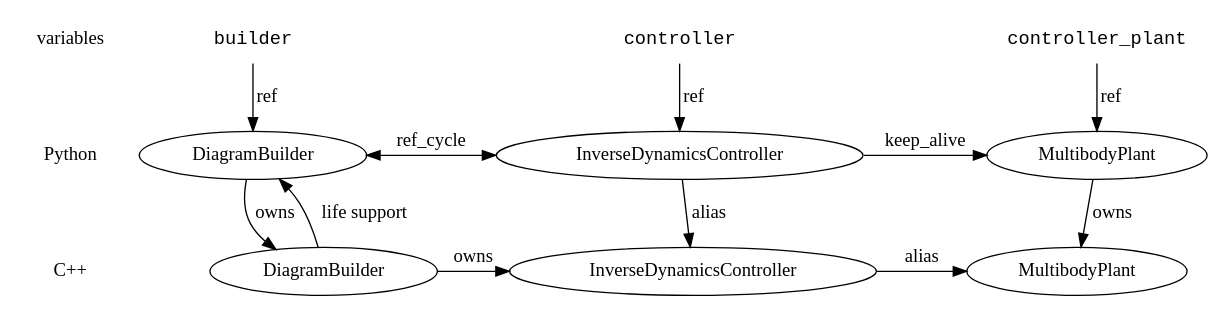
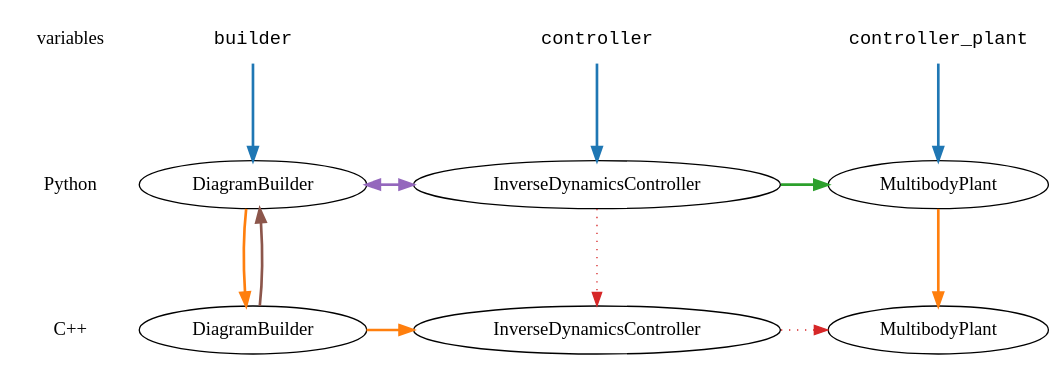
The diagram in dot/epoch2.0.dot (rpoyner-tri/drake), drawn with Graphviz before and after one commit. The commit also changed 7 other files, not shown here.

```diff
--- a/dot/epoch2.0.dot
+++ b/dot/epoch2.0.dot
@@ -1,38 +1,58 @@
 digraph G {
+  edge [minlen=2];
+  {
+    node [shape=plaintext];
+    edge [style=invis];
+    variables -> Python -> "C++";
+  }
+  {
+    node [shape=plaintext, fontname="Courier"];
+    controller_plant; builder; controller;
+  }
+  
+  pymbp [label="MultibodyPlant"];
+  cmbp [label="MultibodyPlant"];
+  pydb [label="DiagramBuilder"];
+  cdb [label="DiagramBuilder"];
+  pyidc [label="InverseDynamicsController"];
+  cidc [label="InverseDynamicsController"];
+  
+  { rank = same; variables; builder; controller; controller_plant; }
+  { rank = same; Python; pymbp; pydb; pyidc; }
+  { rank = same; "C++"; cmbp; cdb; cidc; }
 
-{
- node [shape=plaintext];
- edge [style=invis];
- variables -> Python -> "C++";
+  {
+    edge [color="#1F77B4", style=bold];
+    controller_plant -> pymbp;
+    builder -> pydb;
+    controller -> pyidc;
+  }
+  
+  {
+    edge [color="#FF7F0E", style=bold];
+    pymbp -> cmbp;
+    pydb -> cdb;
+    cdb -> cidc;
+  }
+  
+  {
+    edge [color="#2CA02C", style=bold, constraint=false];
+    pyidc -> pymbp;
+  }
+  
+  {
+    edge [color="#D62728", style=dotted];
+    pyidc -> cidc;
+    cidc -> cmbp;
+  }
+
+  {
+    edge [color="#9467BD", style=bold, constraint=false, dir=both];
+    pyidc -> pydb;
+  }
+
+  {
+    edge [color="#8C564B", style=bold, constraint=false, dir=back];
+    pydb -> cdb
+  }
 }
-{
- node [shape=plaintext, fontname="Courier"];
- controller_plant; builder; controller;
-}
-
-pymbp [label="MultibodyPlant"];
-cmbp [label="MultibodyPlant"];
-pydb [label="DiagramBuilder"];
-cdb [label="DiagramBuilder"];
-pyidc [label="InverseDynamicsController"];
-cidc [label="InverseDynamicsController"];
-
-{ rank = same; variables; builder; controller; controller_plant; }
-{ rank = same; Python; pymbp; pydb; pyidc; }
-{ rank = same; "C++"; cmbp; cdb; cidc; }
-
- controller_plant -> pymbp [label="ref"];
- pymbp -> cmbp [label="owns"];
-
- builder -> pydb [label="ref"];
- pydb -> cdb [label="owns"];
- cdb -> cidc [label="owns"];
- pydb -> cdb [label="life support", dir=back];
-
- controller -> pyidc [label="ref"];
- pyidc -> cidc [label="alias"];
- pyidc -> pydb [label="ref_cycle", constraint=false, dir=both];
- pyidc -> pymbp [label="keep_alive"];
-
- cidc -> cmbp [label="alias"];
-}
```
